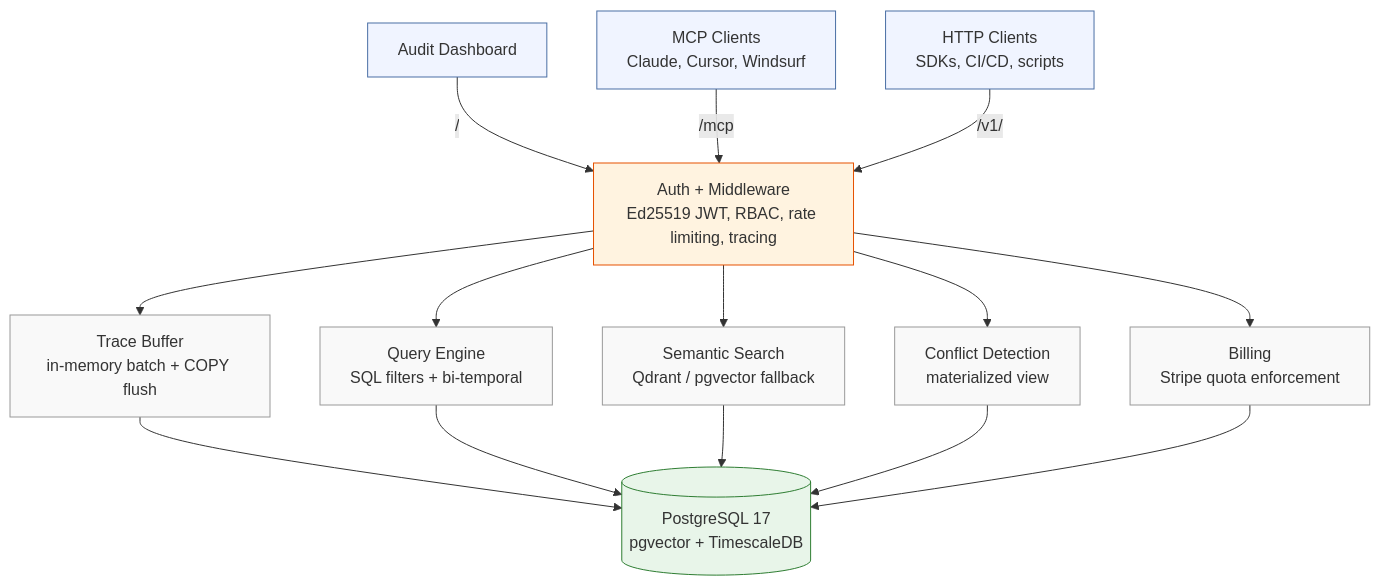
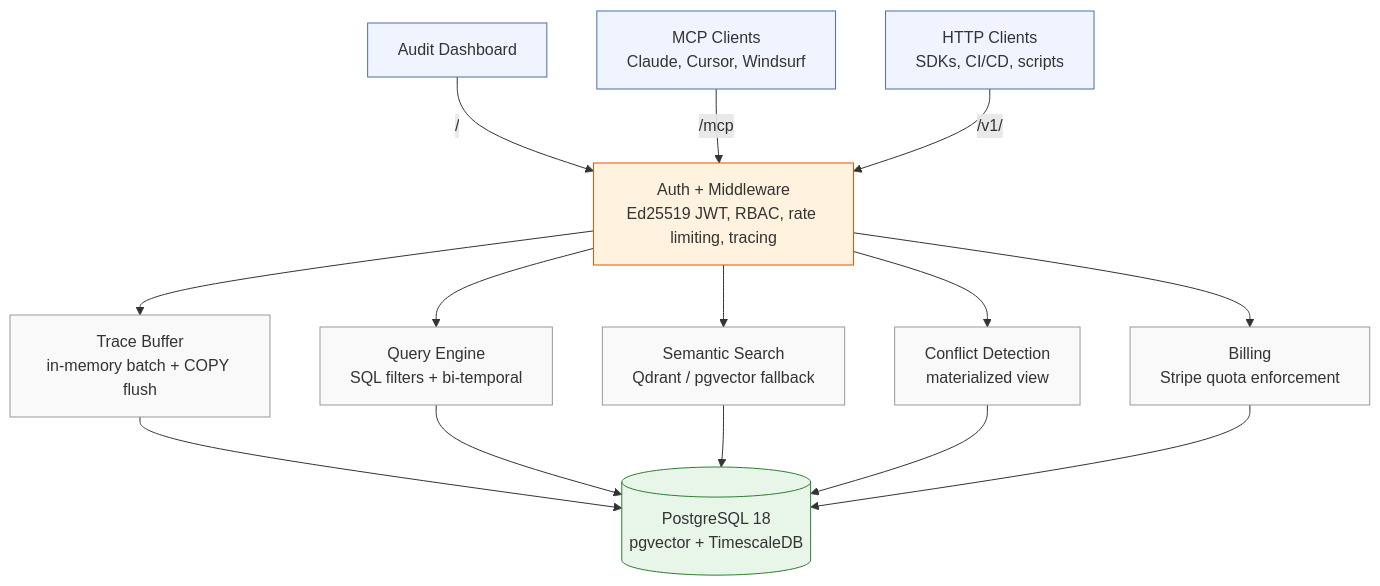
Before and after one commit to ashita-ai/akashi: the diagram in README.md, drawn with Mermaid. The commit also changed 7 other files, not shown here.

First line of the commit message:
Upgrade PostgreSQL 17 → 18 to match TigerData

````diff
--- a/README.md
+++ b/README.md
@@ -98,33 +98,33 @@
 ```mermaid
 flowchart TD
     C1["Audit Dashboard"] -->|"/"| AUTH
     C2["MCP Clients<br/>Claude, Cursor, Windsurf"] -->|"/mcp"| AUTH
     C3["HTTP Clients<br/>SDKs, CI/CD, scripts"] -->|"/v1/"| AUTH
 
     AUTH["Auth + Middleware<br/>Ed25519 JWT, RBAC, rate limiting, tracing"]
 
     AUTH --> TRACE["Trace Buffer<br/>in-memory batch + COPY flush"]
     AUTH --> QUERY["Query Engine<br/>SQL filters + bi-temporal"]
     AUTH --> SEARCH["Semantic Search<br/>Qdrant / pgvector fallback"]
     AUTH --> CONFLICT["Conflict Detection<br/>materialized view"]
     AUTH --> BILLING["Billing<br/>Stripe quota enforcement"]
 
     TRACE --> PG
     QUERY --> PG
     SEARCH --> PG
     CONFLICT --> PG
     BILLING --> PG
 
-    PG[("PostgreSQL 17<br/>pgvector + TimescaleDB")]
+    PG[("PostgreSQL 18<br/>pgvector + TimescaleDB")]
 
     style C1 fill:#f0f4ff,stroke:#4a6fa5
     style C2 fill:#f0f4ff,stroke:#4a6fa5
     style C3 fill:#f0f4ff,stroke:#4a6fa5
     style AUTH fill:#fff3e0,stroke:#e65100
     style TRACE fill:#f9f9f9,stroke:#999
     style QUERY fill:#f9f9f9,stroke:#999
     style SEARCH fill:#f9f9f9,stroke:#999
     style CONFLICT fill:#f9f9f9,stroke:#999
     style BILLING fill:#f9f9f9,stroke:#999
     style PG fill:#e8f5e9,stroke:#2e7d32
 ```
````
